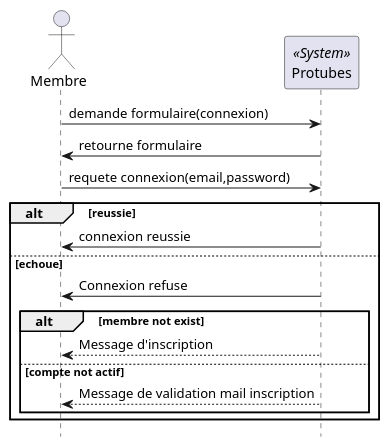
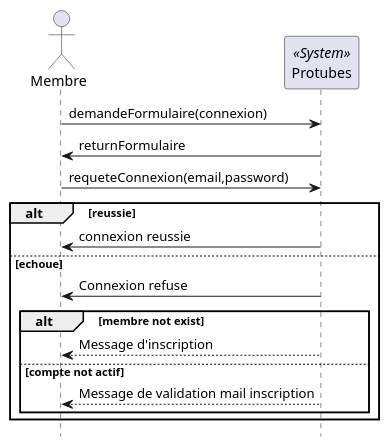
One commit to galbanie/Protubes_old changed the diagram in UML/DSS/DSS_Authentification.puml. Above: the diagram before and after it, drawn with PlantUML. The commit also changed 5 other files, not shown here.

Commit message:
Diagramme de séquence système Recherche entité Correctif css basse resolution

```diff
--- a/UML/DSS/DSS_Authentification.puml
+++ b/UML/DSS/DSS_Authentification.puml
@@ -1,21 +1,21 @@
 @startuml
     hide footbox
     
     actor Membre
     participant Protubes << System >>
 
-    Membre -> Protubes : demande formulaire(connexion)
-    Protubes -> Membre : retourne formulaire
-    Membre -> Protubes : requete connexion(email,password)
+    Membre -> Protubes : demandeFormulaire(connexion)
+    Protubes -> Membre : returnFormulaire
+    Membre -> Protubes : requeteConnexion(email,password)
 
     alt reussie
         Protubes -> Membre : connexion reussie
     else echoue
         Protubes -> Membre : Connexion refuse
         alt membre not exist
             Protubes --> Membre : Message d'inscription
         else compte not actif
             Protubes --> Membre : Message de validation mail inscription
         end
     end
 @enduml
```
